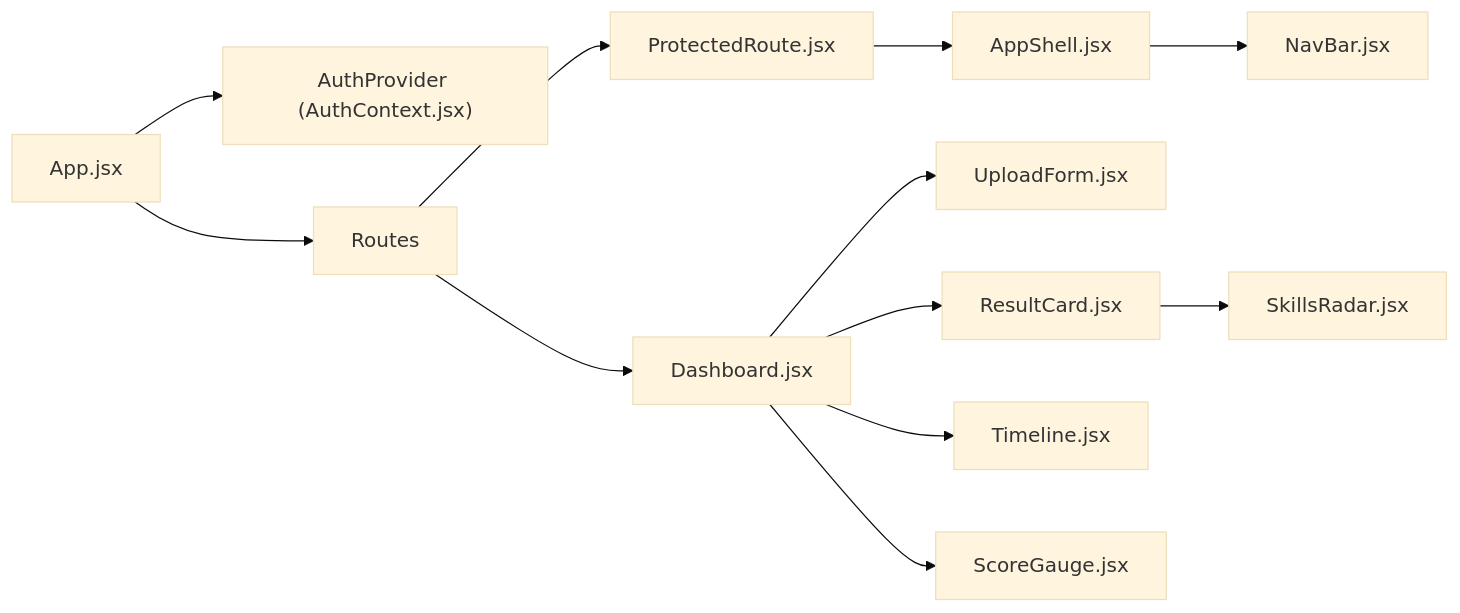
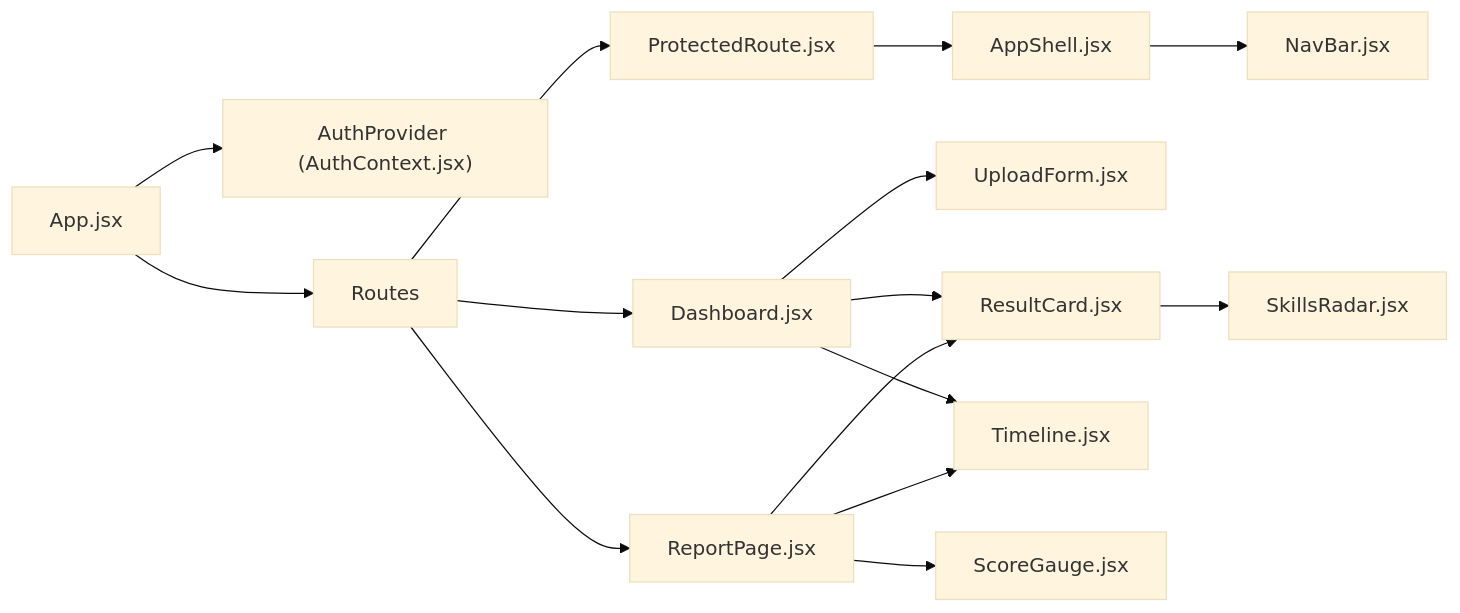
The fifth of 5 diagrams in .qoder/repowiki/en/content/Frontend Architecture/Component Library.md (Revanththetalogics/aireume), drawn with Mermaid (base theme) before and after one commit. The commit also changed other lines of this file and 33 other files, not shown here.

````diff
--- a/.qoder/repowiki/en/content/Frontend Architecture/Component Library.md
+++ b/.qoder/repowiki/en/content/Frontend Architecture/Component Library.md
@@ -310,14 +344,17 @@
 ```mermaid
 graph LR
 App["App.jsx"] --> Auth["AuthProvider (AuthContext.jsx)"]
 App --> Routes["Routes"]
 Routes --> Protected["ProtectedRoute.jsx"]
 Protected --> Shell["AppShell.jsx"]
 Shell --> Nav["NavBar.jsx"]
 Routes --> Dash["Dashboard.jsx"]
+Routes --> Report["ReportPage.jsx"]
 Dash --> Upload["UploadForm.jsx"]
 Dash --> Result["ResultCard.jsx"]
+Report --> Result
 Result --> Radar["SkillsRadar.jsx"]
 Dash --> Time["Timeline.jsx"]
-Dash --> Gauge["ScoreGauge.jsx"]
+Report --> Time
+Report --> Gauge["ScoreGauge.jsx"]
 ```
````
